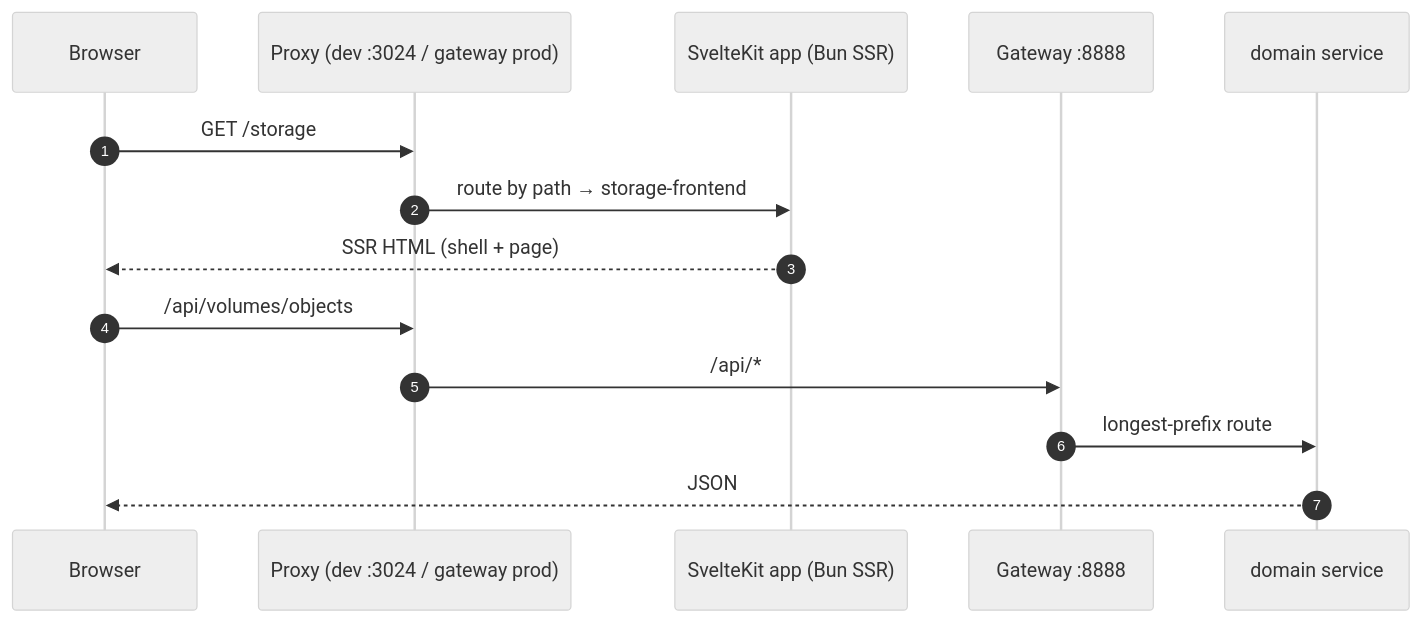
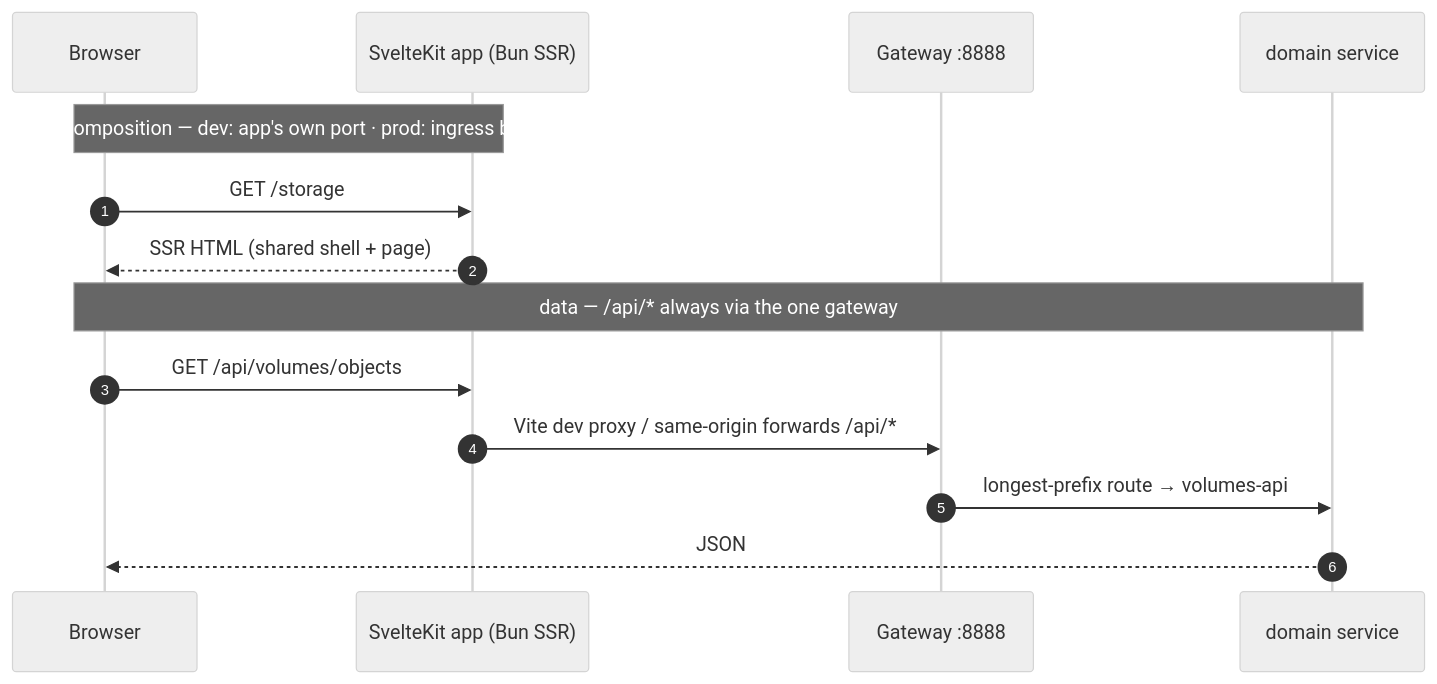
Before and after one commit to AI-Riksarkivet/rask: the fourth of 5 diagrams in docs/architecture/frontend-microfrontends.md, drawn with Mermaid (neutral theme). The commit also changed other lines of this file and 20 other files, not shown here.

````diff
--- a/docs/architecture/frontend-microfrontends.md
+++ b/docs/architecture/frontend-microfrontends.md
@@ -98,16 +107,16 @@
 ```mermaid
 sequenceDiagram
   autonumber
   participant B as Browser
-  participant PX as Proxy (dev :3024 / gateway prod)
   participant APP as SvelteKit app (Bun SSR)
   participant GW as Gateway :8888
   participant SVC as domain service
-  B->>PX: GET /storage
-  PX->>APP: route by path → storage-frontend
-  APP-->>B: SSR HTML (shell + page)
-  B->>PX: /api/volumes/objects
-  PX->>GW: /api/*
-  GW->>SVC: longest-prefix route
+  Note over B,APP: page composition — dev: app's own port · prod: ingress by path
+  B->>APP: GET /storage
+  APP-->>B: SSR HTML (shared shell + page)
+  Note over B,SVC: data — /api/* always via the one gateway
+  B->>APP: GET /api/volumes/objects
+  APP->>GW: Vite dev proxy / same-origin forwards /api/*
+  GW->>SVC: longest-prefix route → volumes-api
   SVC-->>B: JSON
 ```
````
